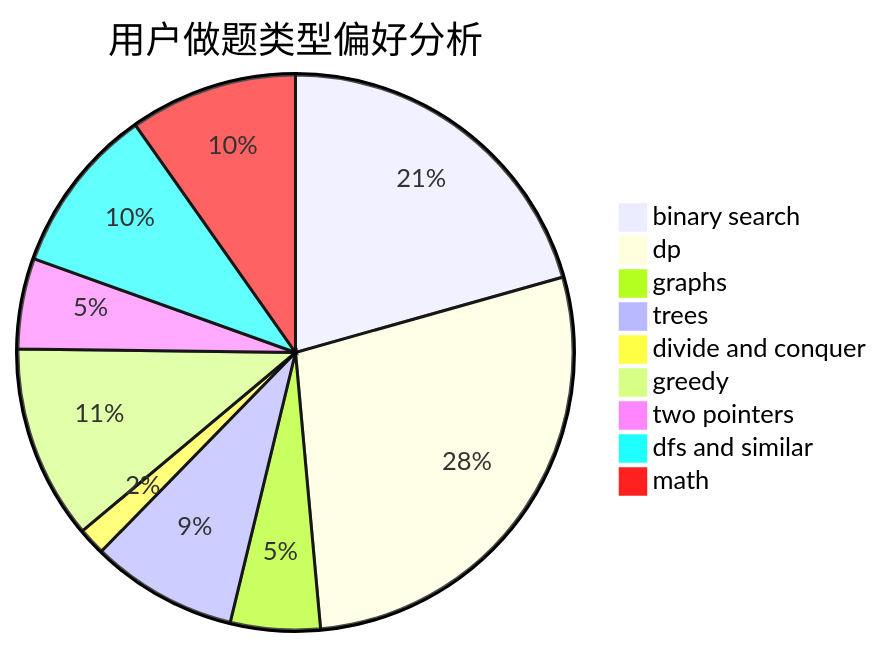
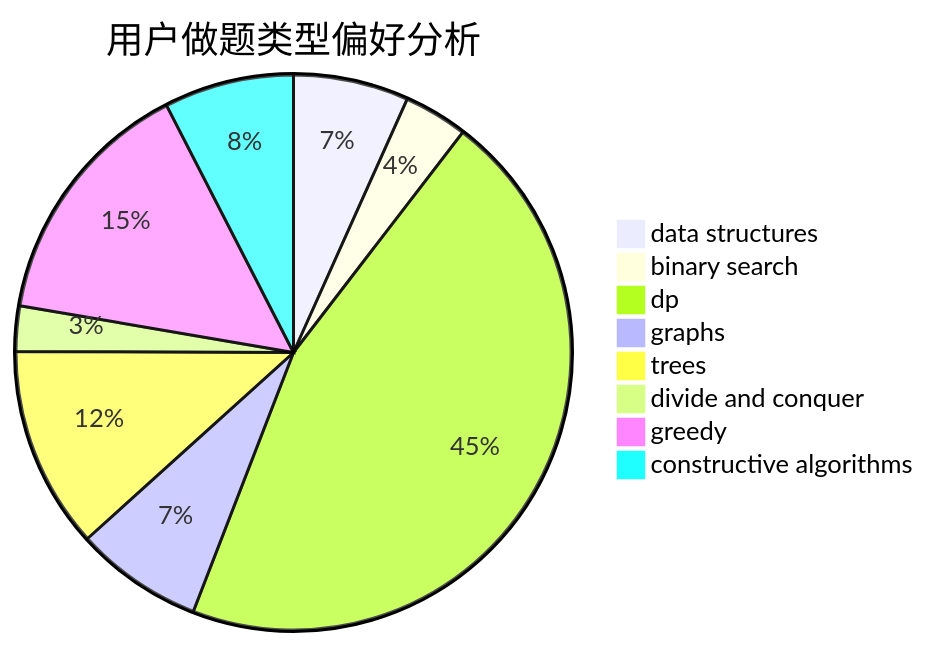
Before and after one commit to sherpahu/cfrs.github.io: the second of 3 diagrams in docs/user/u756.md, drawn with Mermaid. The commit also changed other lines of this file and 2775 other files, not shown here.

````diff
--- a/docs/user/u756.md
+++ b/docs/user/u756.md
@@ -23,12 +23,11 @@
 ```mermaid
 pie title 用户做题类型偏好分析
-    "binary search" :  336
-    "dp" :  455
-    "graphs" :  85
-    "trees" :  139
-    "divide and conquer" :  26
-    "greedy" :  184
-    "two pointers" :  86
-    "dfs and similar" :  159
-    "math" :  159
+    "data structures" :  56
+    "binary search" :  31
+    "dp" :  379
+    "graphs" :  62
+    "trees" :  98
+    "divide and conquer" :  22
+    "greedy" :  123
+    "constructive algorithms" :  63
 ```
````
